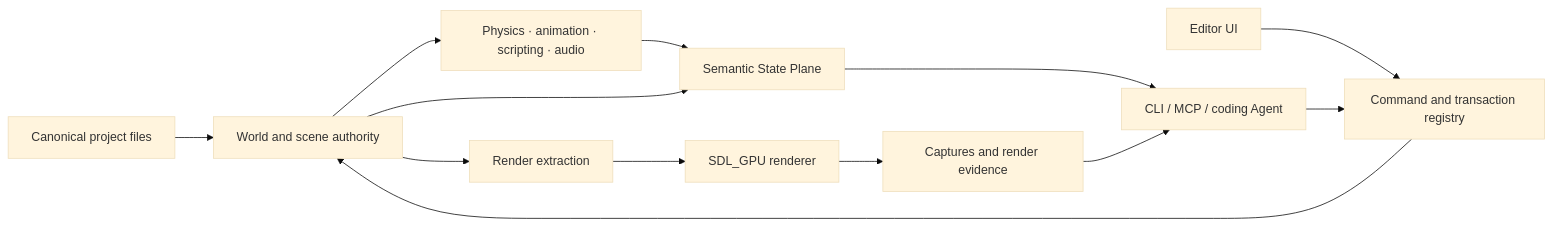
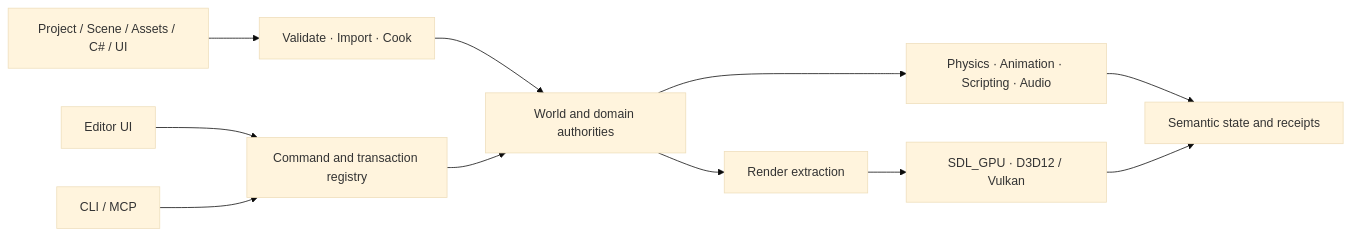
Before and after one commit to Ubik42/Noemancer: the diagram in README.md, drawn with Mermaid (base theme). The commit also changed other lines of this file and 8 other files, not shown here.

````diff
--- a/README.md
+++ b/README.md
@@ -115,15 +128,13 @@
 ```mermaid
 flowchart LR
-    Project[Canonical project files] --> World[World and scene authority]
+    Project[Project / Scene / Assets / C# / UI] --> Import[Validate · Import · Cook]
+    Import --> World[World and domain authorities]
     Editor[Editor UI] --> Commands[Command and transaction registry]
-    Agent[CLI / MCP / coding Agent] --> Commands
+    CLI[CLI / MCP] --> Commands
     Commands --> World
-    World --> Runtime[Physics · animation · scripting · audio]
+    World --> Runtime[Physics · Animation · Scripting · Audio]
     World --> Extract[Render extraction]
-    Extract --> Renderer[SDL_GPU renderer]
-    Runtime --> State[Semantic State Plane]
-    Renderer --> Evidence[Captures and render evidence]
-    World --> State
-    State --> Agent
-    Evidence --> Agent
+    Extract --> Renderer[SDL_GPU · D3D12 / Vulkan]
+    Runtime --> Evidence[Semantic state and receipts]
+    Renderer --> Evidence
 ```
````
